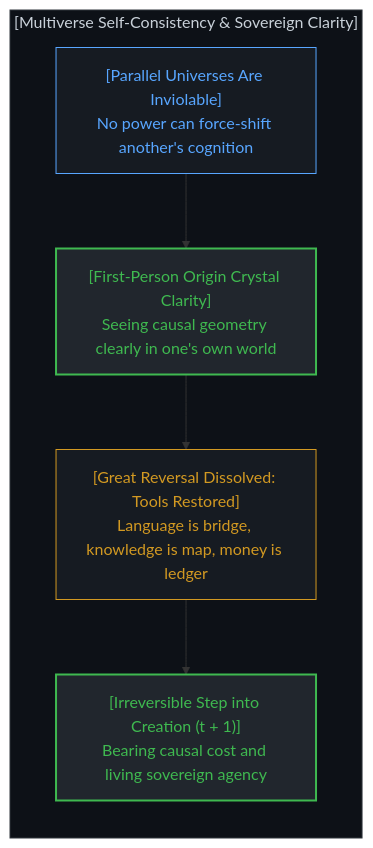
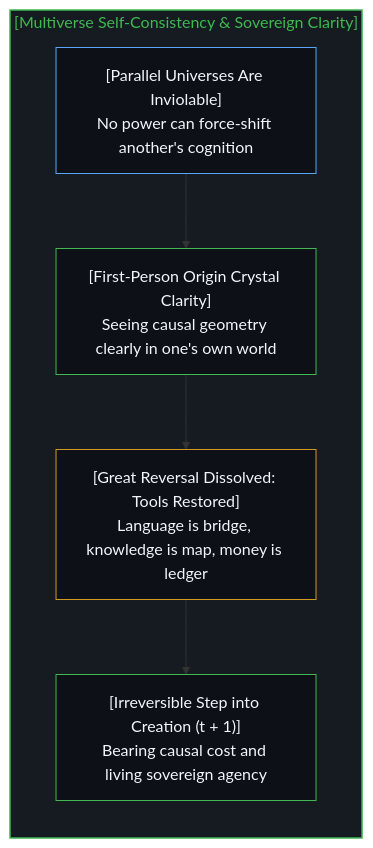
Diagram 16 of 16 in content/posts/the-dissolution-of-the-great-reversal.md (powerpig99/not-a-toe), drawn with Mermaid before and after one commit. The commit also changed other lines of this file and 11 other files, not shown here.

````diff
--- a/content/posts/the-dissolution-of-the-great-reversal.md
+++ b/content/posts/the-dissolution-of-the-great-reversal.md
@@ -730,18 +630,18 @@
 ```mermaid
-graph TD
-    subgraph MultiverseClarity["[Multiverse Self-Consistency & Sovereign Clarity]"]
+flowchart TD
+    subgraph S_Multiverse["[Multiverse Self-Consistency & Sovereign Clarity]"]
         direction TB
-        ParallelUniverses["[Parallel Universes Are Inviolable]<br>No power can force-shift another's cognition"]
-        FirstPersonClarity["[First-Person Origin Crystal Clarity]<br>Seeing causal geometry clearly in one's own world"]
-        ToolsRestored["[Great Reversal Dissolved: Tools Restored]<br>Language is bridge, knowledge is map, money is ledger"]
-        SovereignStep["[Irreversible Step into Creation (t + 1)]<br>Bearing causal cost and living sovereign agency"]
+        ParallelUniverses["[Parallel Universes Are Inviolable]<br/>No power can force-shift another's cognition"]
+        FirstPersonClarity["[First-Person Origin Crystal Clarity]<br/>Seeing causal geometry clearly in one's own world"]
+        ToolsRestored["[Great Reversal Dissolved: Tools Restored]<br/>Language is bridge, knowledge is map, money is ledger"]
+        SovereignStep["[Irreversible Step into Creation (t + 1)]<br/>Bearing causal cost and living sovereign agency"]
         ParallelUniverses --> FirstPersonClarity
         FirstPersonClarity --> ToolsRestored
         ToolsRestored --> SovereignStep
     end
-    style MultiverseClarity fill:#0d1117,stroke:#30363d,stroke-width:1px,color:#c9d1d9
-    style ParallelUniverses fill:#161b22,stroke:#58a6ff,stroke-width:1px,color:#58a6ff
-    style FirstPersonClarity fill:#21262d,stroke:#3fb950,stroke-width:2px,color:#3fb950
-    style ToolsRestored fill:#161b22,stroke:#d29922,stroke-width:1px,color:#d29922
-    style SovereignStep fill:#21262d,stroke:#3fb950,stroke-width:2px,color:#3fb950
+    style S_Multiverse fill:#161b22,stroke:#3fb950,stroke-width:1.5px,color:#3fb950
+    style ParallelUniverses fill:#0d1117,stroke:#58a6ff,stroke-width:1px,color:#f0f6fc
+    style FirstPersonClarity fill:#0d1117,stroke:#3fb950,stroke-width:1px,color:#f0f6fc
+    style ToolsRestored fill:#0d1117,stroke:#d29922,stroke-width:1px,color:#f0f6fc
+    style SovereignStep fill:#0d1117,stroke:#3fb950,stroke-width:1px,color:#f0f6fc
 ```
````
